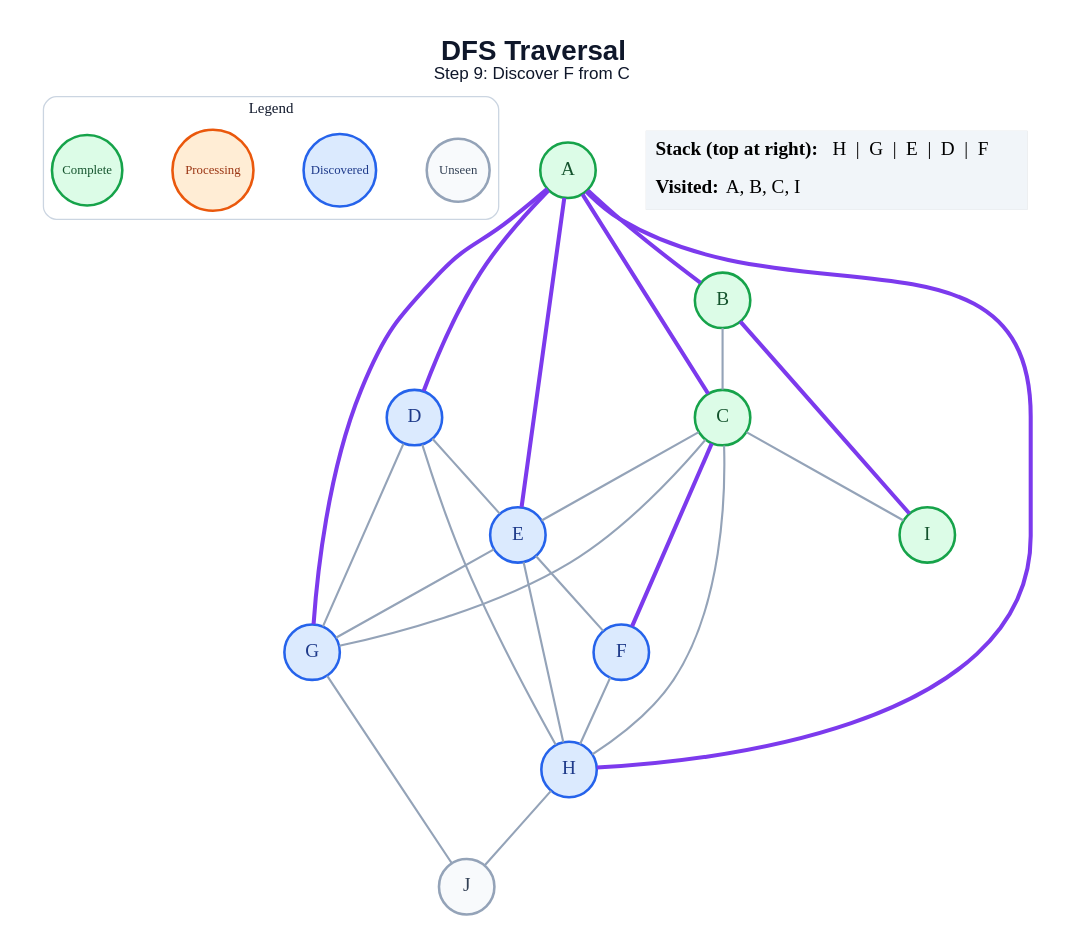
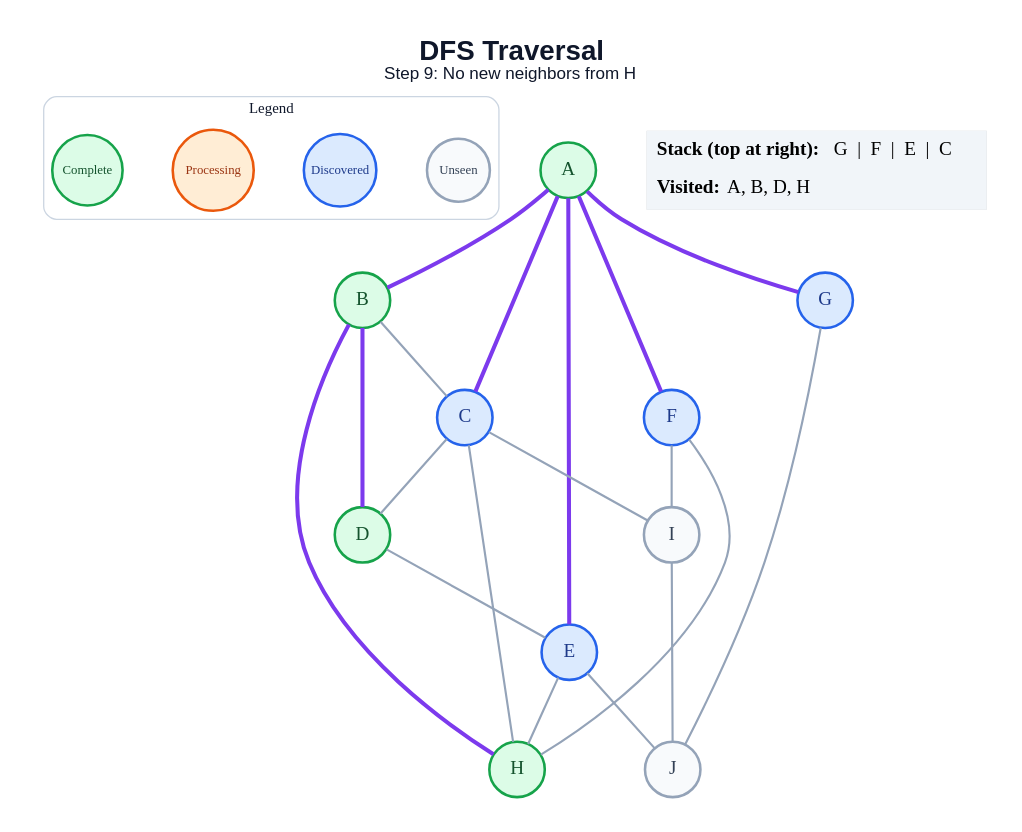
One commit to amanghodawala9/ai-slop changed the diagram in generated/dfs/step_09.dot. Above: the diagram before and after it, drawn with Graphviz. The commit also changed 178 other files, not shown here.

```diff
--- a/generated/dfs/step_09.dot
+++ b/generated/dfs/step_09.dot
@@ -1,51 +1,47 @@
 graph traversal {
   graph [layout=dot, rankdir=TB, bgcolor="#FFFFFF", pad="0.35", nodesep="0.65", ranksep="0.8", fontname="Arial"];
   node [shape=circle, style="filled", fontname="Arial Bold", fontsize=18, width=0.72, fixedsize=true, penwidth=2.4];
   edge [color="#94A3B8", penwidth=2.0];
-  label=<<B>DFS Traversal</B><BR/><FONT POINT-SIZE="16">Step 9: Discover F from C</FONT>>; labelloc="t"; fontsize=26; fontname="Arial"; fontcolor="#0F172A";
+  label=<<B>DFS Traversal</B><BR/><FONT POINT-SIZE="16">Step 9: No new neighbors from H</FONT>>; labelloc="t"; fontsize=26; fontname="Arial"; fontcolor="#0F172A";
   subgraph cluster_legend { label="Legend"; color="#CBD5E1"; penwidth=1.2; style="rounded"; fontsize=14; fontname="Arial Bold";
     key_unseen [label="Unseen", fillcolor="#F8FAFC", color="#94A3B8", fontcolor="#334155", fontsize=12, width=0.82];
     key_frontier [label="Discovered", fillcolor="#DBEAFE", color="#2563EB", fontcolor="#1E3A8A", fontsize=12, width=0.95];
     key_current [label="Processing", fillcolor="#FFEDD5", color="#EA580C", fontcolor="#9A3412", fontsize=12, width=1.05];
     key_done [label="Complete", fillcolor="#DCFCE7", color="#16A34A", fontcolor="#14532D", fontsize=12, width=0.92];
     { rank=same; key_unseen; key_frontier; key_current; key_done; }
   }
   A [fillcolor="#DCFCE7", color="#16A34A", fontcolor="#14532D"];
   B [fillcolor="#DCFCE7", color="#16A34A", fontcolor="#14532D"];
-  C [fillcolor="#DCFCE7", color="#16A34A", fontcolor="#14532D"];
-  D [fillcolor="#DBEAFE", color="#2563EB", fontcolor="#1E3A8A"];
+  C [fillcolor="#DBEAFE", color="#2563EB", fontcolor="#1E3A8A"];
+  D [fillcolor="#DCFCE7", color="#16A34A", fontcolor="#14532D"];
   E [fillcolor="#DBEAFE", color="#2563EB", fontcolor="#1E3A8A"];
   F [fillcolor="#DBEAFE", color="#2563EB", fontcolor="#1E3A8A"];
   G [fillcolor="#DBEAFE", color="#2563EB", fontcolor="#1E3A8A"];
-  H [fillcolor="#DBEAFE", color="#2563EB", fontcolor="#1E3A8A"];
-  I [fillcolor="#DCFCE7", color="#16A34A", fontcolor="#14532D"];
+  H [fillcolor="#DCFCE7", color="#16A34A", fontcolor="#14532D"];
+  I [fillcolor="#F8FAFC", color="#94A3B8", fontcolor="#334155"];
   J [fillcolor="#F8FAFC", color="#94A3B8", fontcolor="#334155"];
   A -- B [color="#7C3AED", penwidth=3.8];
   A -- C [color="#7C3AED", penwidth=3.8];
-  A -- D [color="#7C3AED", penwidth=3.8];
   A -- E [color="#7C3AED", penwidth=3.8];
+  A -- F [color="#7C3AED", penwidth=3.8];
   A -- G [color="#7C3AED", penwidth=3.8];
-  A -- H [color="#7C3AED", penwidth=3.8];
   B -- C;
-  B -- I [color="#7C3AED", penwidth=3.8];
-  C -- E;
-  C -- F [color="#7C3AED", penwidth=3.8];
-  C -- G;
+  B -- D [color="#7C3AED", penwidth=3.8];
+  B -- H [color="#7C3AED", penwidth=3.8];
+  C -- D;
   C -- H;
   C -- I;
   D -- E;
-  D -- G;
-  D -- H;
-  E -- F;
-  E -- G;
   E -- H;
+  E -- J;
   F -- H;
+  F -- I;
   G -- J;
-  H -- J;
+  I -- J;
   status [shape=plain, fixedsize=false, width=0, height=0, margin=0, label=<
     <TABLE BORDER="0" CELLBORDER="0" CELLPADDING="7" BGCOLOR="#F1F5F9">
-      <TR><TD ALIGN="LEFT"><B>Stack (top at right):</B> H  |  G  |  E  |  D  |  F</TD></TR>
-      <TR><TD ALIGN="LEFT"><B>Visited:</B> A, B, C, I</TD></TR>
+      <TR><TD ALIGN="LEFT"><B>Stack (top at right):</B> G  |  F  |  E  |  C</TD></TR>
+      <TR><TD ALIGN="LEFT"><B>Visited:</B> A, B, D, H</TD></TR>
     </TABLE>
   >];
 }
```
